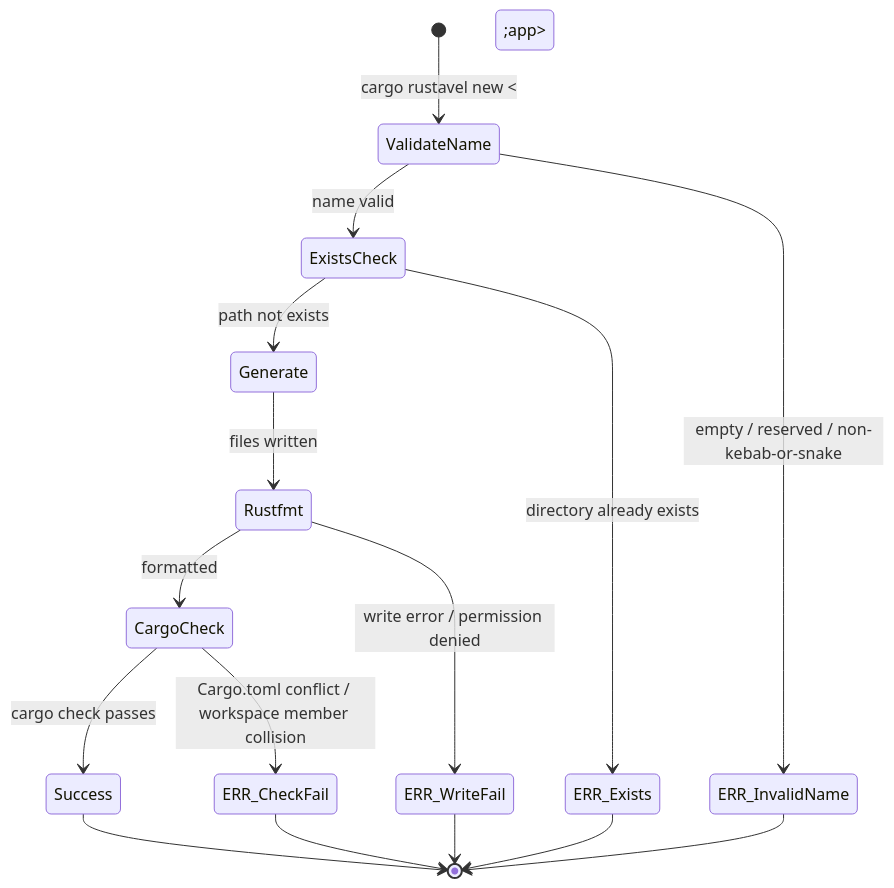
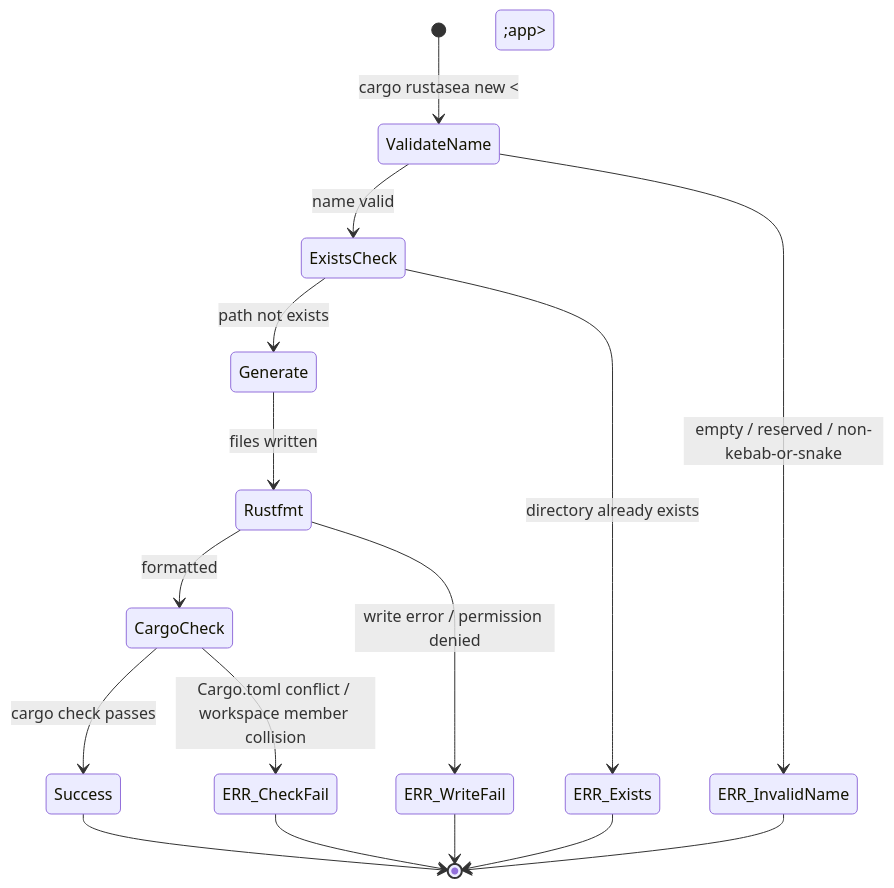
Before and after one commit to rustasea/rustasea: the third of 8 diagrams in .agents/documents/design/flows.md, drawn with Mermaid. The commit also changed other lines of this file and 405 other files, not shown here.

````diff
--- a/.agents/documents/design/flows.md
+++ b/.agents/documents/design/flows.md
@@ -165,18 +165,18 @@
 ```mermaid
 stateDiagram-v2
-    [*] --> ValidateName : cargo rustavel new &lt;app&gt;
+    [*] --> ValidateName : cargo rustasea new &lt;app&gt;
     ValidateName --> ExistsCheck : name valid
     ValidateName --> ERR_InvalidName : empty / reserved / non-kebab-or-snake
     ExistsCheck --> Generate : path not exists
     ExistsCheck --> ERR_Exists : directory already exists
     Generate --> Rustfmt : files written
     Rustfmt --> CargoCheck : formatted
     Rustfmt --> ERR_WriteFail : write error / permission denied
     CargoCheck --> Success : cargo check passes
     CargoCheck --> ERR_CheckFail : Cargo.toml conflict / workspace member collision
     Success --> [*]
     ERR_InvalidName --> [*]
     ERR_Exists --> [*]
     ERR_WriteFail --> [*]
     ERR_CheckFail --> [*]
 ```
````
